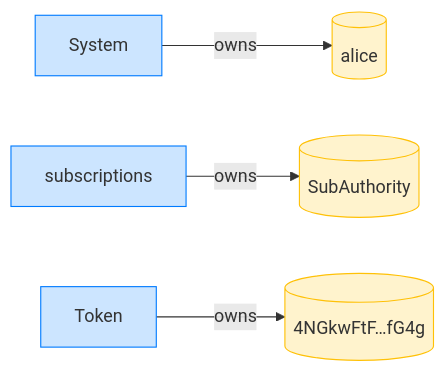
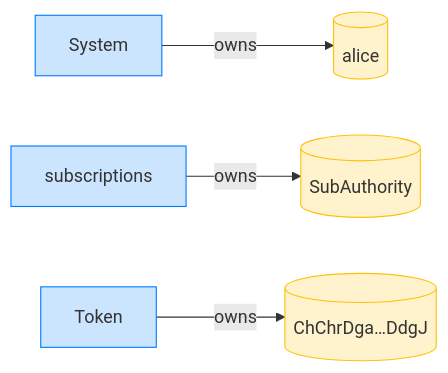
Before and after one commit to cds-rs/subscriptions: the fourth of 12 diagrams in dsl_tests/revoke-a-fixed-delegation-across-versions.md, drawn with Mermaid. The commit also changed other lines of this file and 224 other files, not shown here.

````diff
--- a/dsl_tests/revoke-a-fixed-delegation-across-versions.md
+++ b/dsl_tests/revoke-a-fixed-delegation-across-versions.md
@@ -71,14 +76,14 @@
 ```mermaid
 flowchart LR
     classDef owner fill:#cce5ff,stroke:#007bff;
     classDef account fill:#fff3cd,stroke:#ffc107;
     System[System]:::owner
     alice[(alice)]:::account
     subscriptions[subscriptions]:::owner
     SubAuthority[(SubAuthority)]:::account
     Token[Token]:::owner
-    4NGkwFtF_fG4g[("4NGkwFtF…fG4g")]:::account
+    ChChrDga_DdgJ[("ChChrDga…DdgJ")]:::account
     System -->|owns| alice
     subscriptions -->|owns| SubAuthority
-    Token -->|owns| 4NGkwFtF_fG4g
+    Token -->|owns| ChChrDga_DdgJ
 ```
````
